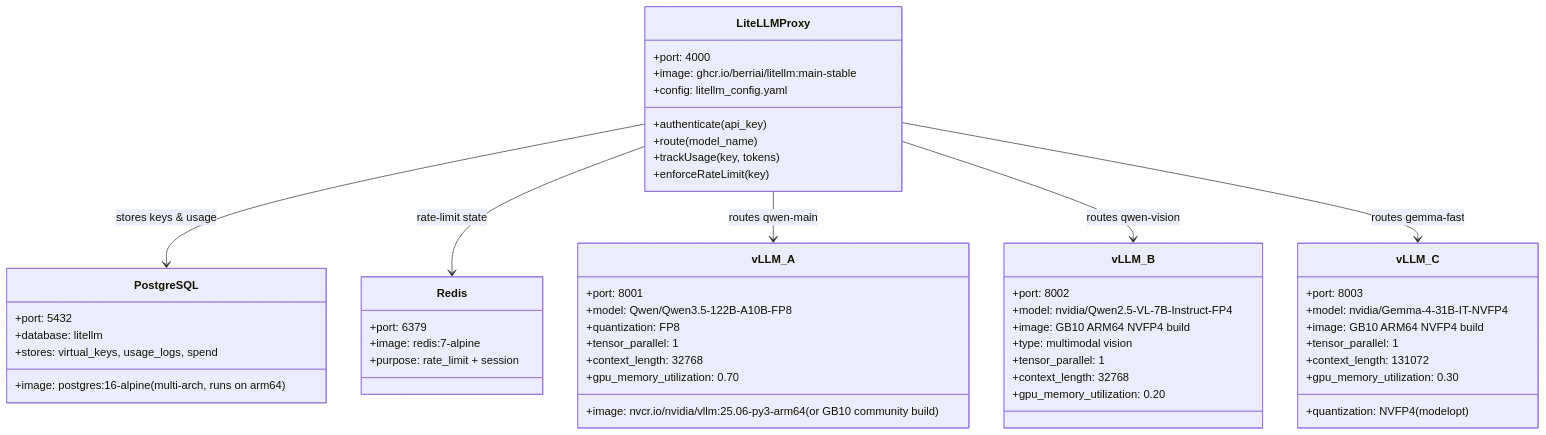
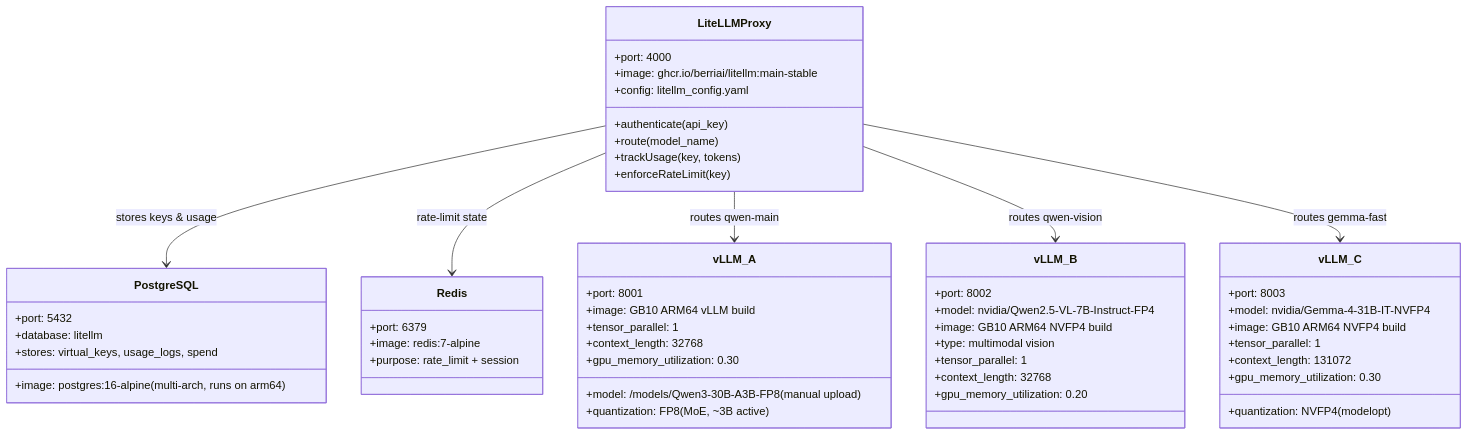
The second of 3 diagrams in README.md (tonylnng/tonic-nvidia-dgx), drawn with Mermaid before and after one commit. The commit also changed other lines of this file and 7 other files, not shown here.

First line of the commit message:
feat: manual-upload workflow, smaller default backend, /data init helpers

````diff
--- a/README.md
+++ b/README.md
@@ -161,61 +162,61 @@
 ```mermaid
 classDiagram
     class LiteLLMProxy {
         +port: 4000
         +image: ghcr.io/berriai/litellm:main-stable
         +config: litellm_config.yaml
         +authenticate(api_key)
         +route(model_name)
         +trackUsage(key, tokens)
         +enforceRateLimit(key)
     }
 
     class PostgreSQL {
         +port: 5432
         +image: postgres:16-alpine (multi-arch, runs on arm64)
         +database: litellm
         +stores: virtual_keys, usage_logs, spend
     }
 
     class Redis {
         +port: 6379
         +image: redis:7-alpine
         +purpose: rate_limit + session
     }
 
     class vLLM_A {
         +port: 8001
-        +model: Qwen/Qwen3.5-122B-A10B-FP8
-        +image: nvcr.io/nvidia/vllm:25.06-py3-arm64 (or GB10 community build)
-        +quantization: FP8
+        +model: /models/Qwen3-30B-A3B-FP8 (manual upload)
+        +image: GB10 ARM64 vLLM build
+        +quantization: FP8 (MoE, ~3B active)
         +tensor_parallel: 1
         +context_length: 32768
-        +gpu_memory_utilization: 0.70
+        +gpu_memory_utilization: 0.30
     }
 
     class vLLM_B {
         +port: 8002
         +model: nvidia/Qwen2.5-VL-7B-Instruct-FP4
         +image: GB10 ARM64 NVFP4 build
         +type: multimodal vision
         +tensor_parallel: 1
         +context_length: 32768
         +gpu_memory_utilization: 0.20
     }
 
     class vLLM_C {
         +port: 8003
         +model: nvidia/Gemma-4-31B-IT-NVFP4
         +image: GB10 ARM64 NVFP4 build
         +quantization: NVFP4 (modelopt)
         +tensor_parallel: 1
         +context_length: 131072
         +gpu_memory_utilization: 0.30
     }
 
     LiteLLMProxy --> PostgreSQL : stores keys & usage
     LiteLLMProxy --> Redis : rate-limit state
     LiteLLMProxy --> vLLM_A : routes qwen-main
     LiteLLMProxy --> vLLM_B : routes qwen-vision
     LiteLLMProxy --> vLLM_C : routes gemma-fast
 ```
````
